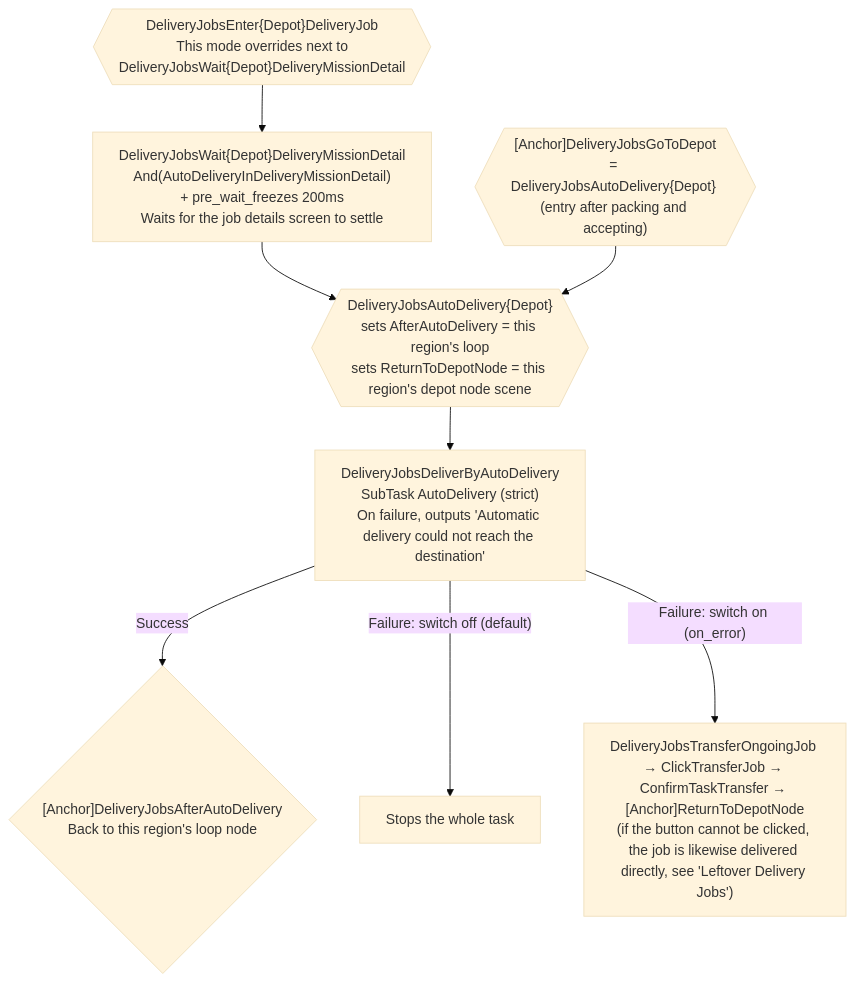
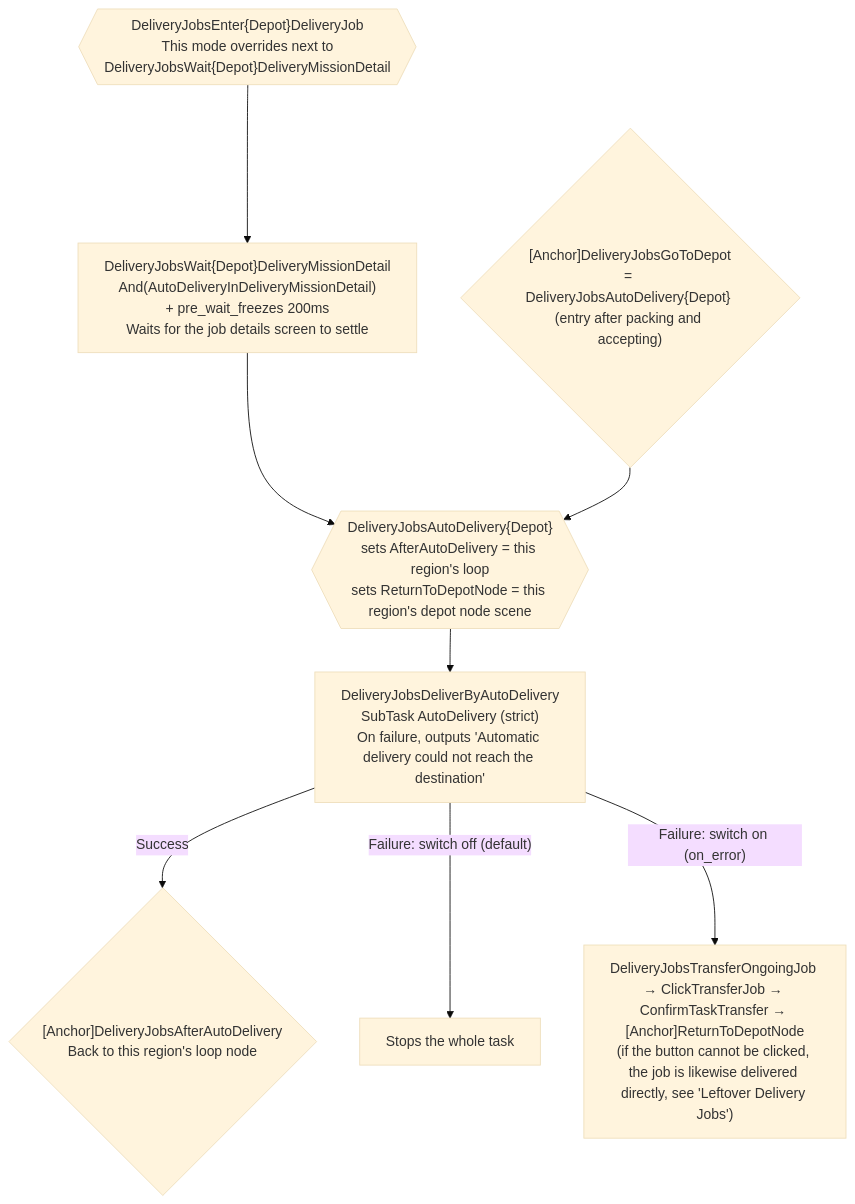
The fifth of 6 diagrams in docs/en_us/developers/tasks/delivery-jobs-maintain.md (MaaEnd/MaaEnd), drawn with Mermaid (base theme) before and after one commit. The commit also changed other lines of this file and 62 other files, not shown here.

````diff
--- a/docs/en_us/developers/tasks/delivery-jobs-maintain.md
+++ b/docs/en_us/developers/tasks/delivery-jobs-maintain.md
@@ -198,10 +198,10 @@
 ```mermaid
 flowchart TD
     EJob{{"DeliveryJobsEnter{Depot}DeliveryJob\nThis mode overrides next to\nDeliveryJobsWait{Depot}DeliveryMissionDetail"}} --> Wait["DeliveryJobsWait{Depot}DeliveryMissionDetail\nAnd(AutoDeliveryInDeliveryMissionDetail)\n+ pre_wait_freezes 200ms\nWaits for the job details screen to settle"]
     Wait --> AutoD
-    GoTo{{"[Anchor]DeliveryJobsGoToDepot\n= DeliveryJobsAutoDelivery{Depot} (entry after packing and accepting)"}} --> AutoD
+    GoTo{"[Anchor]DeliveryJobsGoToDepot\n= DeliveryJobsAutoDelivery{Depot} (entry after packing and accepting)"} --> AutoD
     AutoD{{"DeliveryJobsAutoDelivery{Depot}\nsets AfterAutoDelivery = this region's loop\nsets ReturnToDepotNode = this region's depot node scene"}} --> ByAuto["DeliveryJobsDeliverByAutoDelivery\nSubTask AutoDelivery (strict)\nOn failure, outputs 'Automatic delivery could not reach the destination'"]
     ByAuto -->|Success| Done{"[Anchor]DeliveryJobsAfterAutoDelivery\nBack to this region's loop node"}
     ByAuto -->|"Failure: switch off (default)"| Stop["Stops the whole task"]
     ByAuto -->|"Failure: switch on (on_error)"| TOng["DeliveryJobsTransferOngoingJob → ClickTransferJob → ConfirmTaskTransfer → [Anchor]ReturnToDepotNode\n(if the button cannot be clicked, the job is likewise delivered directly, see 'Leftover Delivery Jobs')"]
 ```
````
